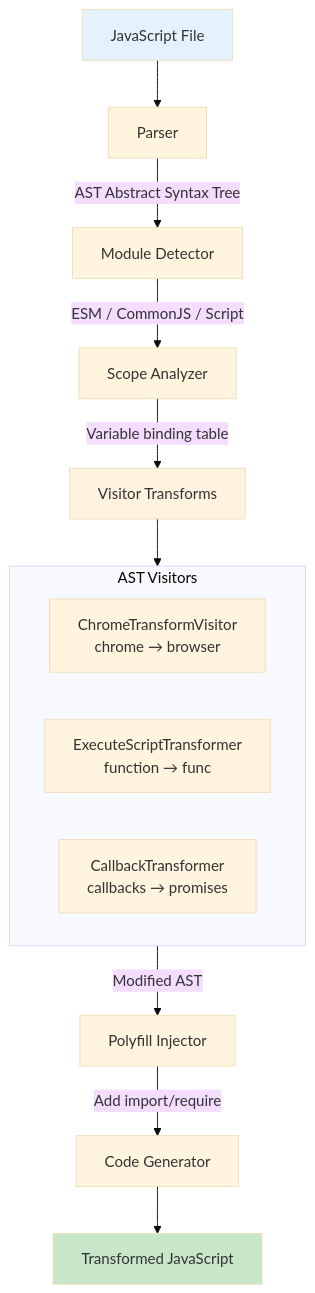
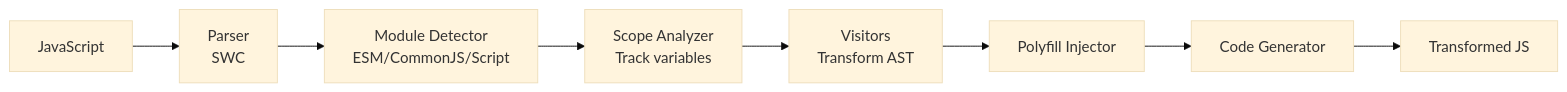
One commit to OtsoBear/chrome2moz changed the second of 2 diagrams in ARCHITECTURE.md. Above: the diagram before and after it, drawn with Mermaid (base theme). The commit also changed other lines of this file, not shown here.

First line of the commit message:
docs: condense ARCHITECTURE.md and remove emojis

````diff
--- a/ARCHITECTURE.md
+++ b/ARCHITECTURE.md
@@ -522,22 +199,10 @@
 ```mermaid
-flowchart TD
-    A[JavaScript File] --> B[Parser]
-    B -->|AST Abstract Syntax Tree| C[Module Detector]
-    C -->|ESM / CommonJS / Script| D[Scope Analyzer]
-    D -->|Variable binding table| E[Visitor Transforms]
-    
-    subgraph Visitors["AST Visitors"]
-        V1[ChromeTransformVisitor<br/>chrome → browser]
-        V2[ExecuteScriptTransformer<br/>function → func]
-        V3[CallbackTransformer<br/>callbacks → promises]
-    end
-    
-    E --> Visitors
-    Visitors -->|Modified AST| F[Polyfill Injector]
-    F -->|Add import/require| G[Code Generator]
-    G --> H[Transformed JavaScript]
-    
-    style A fill:#e3f2fd
-    style H fill:#c8e6c9
-    style E fill:#fff3e0
+flowchart LR
+    A[JavaScript] --> B[Parser<br/>SWC]
+    B --> C[Module Detector<br/>ESM/CommonJS/Script]
+    C --> D[Scope Analyzer<br/>Track variables]
+    D --> E[Visitors<br/>Transform AST]
+    E --> F[Polyfill Injector]
+    F --> G[Code Generator]
+    G --> H[Transformed JS]
 ```
````
